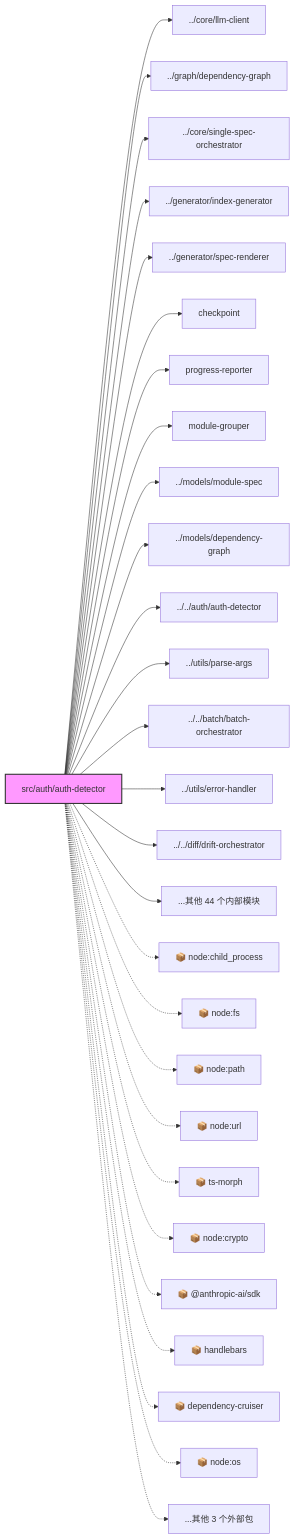
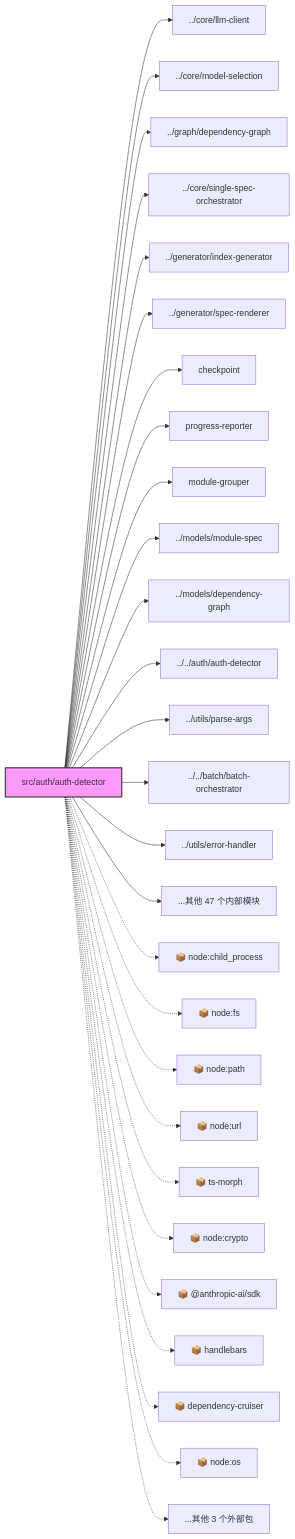
Before and after one commit to connor-git-yaml/cc-plugin-market: the second of 2 diagrams in specs/src.spec.md, drawn with Mermaid. The commit also changed other lines of this file and 43 other files, not shown here.

````diff
--- a/specs/src.spec.md
+++ b/specs/src.spec.md
@@ -791,32 +838,32 @@
 ```mermaid
 graph LR
   M["src/auth/auth-detector"]
   M --> ___core_llm_client["../core/llm-client"]
+  M --> ___core_model_selection["../core/model-selection"]
   M --> ___graph_dependency_graph["../graph/dependency-graph"]
   M --> ___core_single_spec_orchestrator["../core/single-spec-orchestrator"]
   M --> ___generator_index_generator["../generator/index-generator"]
   M --> ___generator_spec_renderer["../generator/spec-renderer"]
   M --> checkpoint["checkpoint"]
   M --> progress_reporter["progress-reporter"]
   M --> module_grouper["module-grouper"]
   M --> ___models_module_spec["../models/module-spec"]
   M --> ___models_dependency_graph["../models/dependency-graph"]
   M --> ______auth_auth_detector["../../auth/auth-detector"]
   M --> ___utils_parse_args["../utils/parse-args"]
   M --> ______batch_batch_orchestrator["../../batch/batch-orchestrator"]
   M --> ___utils_error_handler["../utils/error-handler"]
-  M --> ______diff_drift_orchestrator["../../diff/drift-orchestrator"]
-  M --> MORE_INT["...其他 44 个内部模块"]
+  M --> MORE_INT["...其他 47 个内部模块"]
   M -.-> node_child_process["📦 node:child_process"]
   M -.-> node_fs["📦 node:fs"]
   M -.-> node_path["📦 node:path"]
   M -.-> node_url["📦 node:url"]
   M -.-> ts_morph["📦 ts-morph"]
   M -.-> node_crypto["📦 node:crypto"]
   M -.-> _anthropic_ai_sdk["📦 @anthropic-ai/sdk"]
   M -.-> handlebars["📦 handlebars"]
   M -.-> dependency_cruiser["📦 dependency-cruiser"]
   M -.-> node_os["📦 node:os"]
   M -.-> MORE_EXT["...其他 3 个外部包"]
   style M fill:#f9f,stroke:#333,stroke-width:2px
 ```
````
